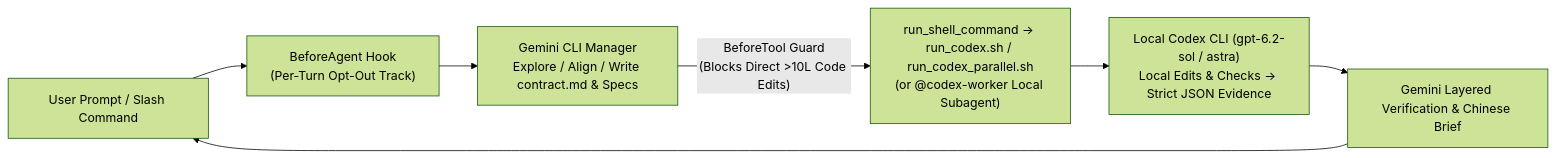
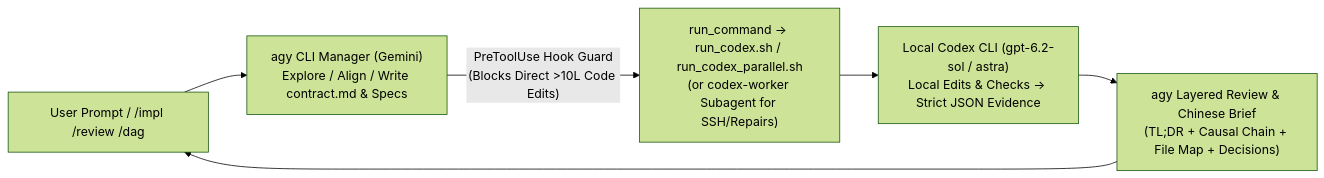
One commit to yukki555/codex-orchestrator changed the diagram in README.md. Above: the diagram before and after it, drawn with Mermaid (forest theme). The commit also changed other lines of this file and 17 other files, not shown here.

Commit message:
feat(agy): convert gemini-cli branch to native Antigravity CLI (agy) edition (v2.1.0)

````diff
--- a/README.md
+++ b/README.md
@@ -13,9 +9,8 @@
 ```mermaid
 flowchart LR
-    U["User Prompt / Slash Command"] --> H["BeforeAgent Hook<br/>(Per-Turn Opt-Out Track)"]
-    H --> G["Gemini CLI Manager<br/>Explore / Align / Write contract.md & Specs"]
-    G -- "BeforeTool Guard<br/>(Blocks Direct >10L Code Edits)" --> R["run_shell_command -> run_codex.sh / run_codex_parallel.sh<br/>(or @codex-worker Local Subagent)"]
+    U["User Prompt / /impl /review /dag"] --> G["agy CLI Manager (Gemini)<br/>Explore / Align / Write contract.md & Specs"]
+    G -- "PreToolUse Hook Guard<br/>(Blocks Direct >10L Code Edits)" --> R["run_command -> run_codex.sh / run_codex_parallel.sh<br/>(or codex-worker Subagent for SSH/Repairs)"]
     R --> C["Local Codex CLI (gpt-6.2-sol / astra)<br/>Local Edits & Checks -> Strict JSON Evidence"]
-    C --> G2["Gemini Layered Verification & Chinese Brief"]
+    C --> G2["agy Layered Review & Chinese Brief<br/>(TL;DR + Causal Chain + File Map + Decisions)"]
     G2 --> U
 ```
````
